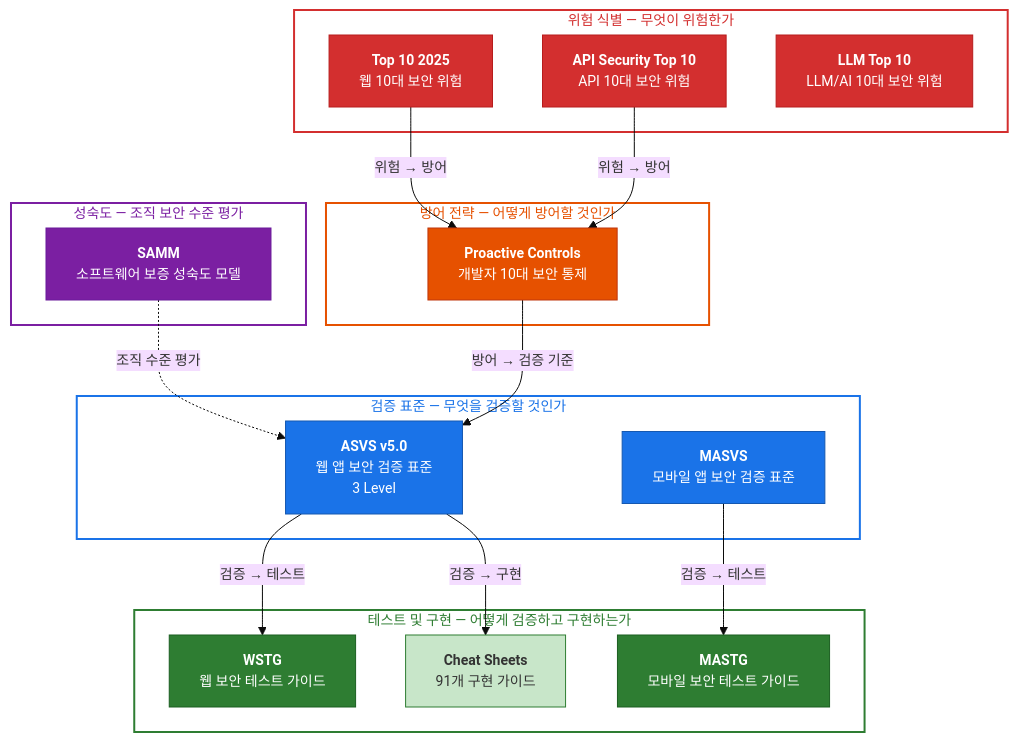
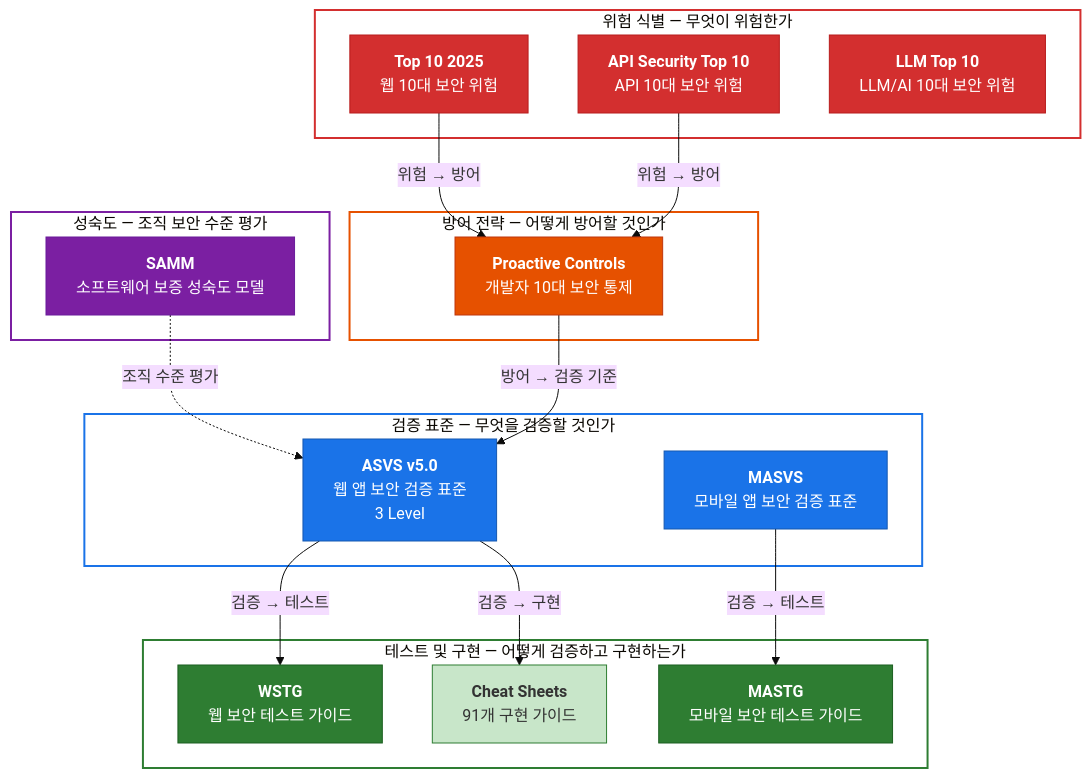
One commit to zer0-kr/security-framework changed the diagram in OWASP/README.md. Above: the diagram before and after it, drawn with Mermaid. The commit also changed 1 other file, not shown here.

Commit message:
Fix Mermaid text: inline span style color on every node label
Mermaid style directive color:#fff is unreliable with Material theme.
Switched to securityLevel:loose + <span style='color:#fff'> directly
in each node label HTML. White text on dark nodes, dark on light nodes.

````diff
--- a/OWASP/README.md
+++ b/OWASP/README.md
@@ -64,52 +64,52 @@
 ```mermaid
-%%{init: {'theme': 'base', 'themeVariables': {'fontSize': '14px'}}}%%
+%%{init: {'securityLevel': 'loose', 'theme': 'base'}}%%
 flowchart TB
     subgraph L1["위험 식별 — 무엇이 위험한가"]
-        TOP10["<b>Top 10 2025</b><br/>웹 10대 보안 위험"]
-        API10["<b>API Security Top 10</b><br/>API 10대 보안 위험"]
-        LLM10["<b>LLM Top 10</b><br/>LLM/AI 10대 보안 위험"]
+        TOP10["<span style='color:#fff'><b>Top 10 2025</b><br/>웹 10대 보안 위험</span>"]
+        API10["<span style='color:#fff'><b>API Security Top 10</b><br/>API 10대 보안 위험</span>"]
+        LLM10["<span style='color:#fff'><b>LLM Top 10</b><br/>LLM/AI 10대 보안 위험</span>"]
     end
 
     subgraph L2["방어 전략 — 어떻게 방어할 것인가"]
-        PC["<b>Proactive Controls</b><br/>개발자 10대 보안 통제"]
+        PC["<span style='color:#fff'><b>Proactive Controls</b><br/>개발자 10대 보안 통제</span>"]
     end
 
     subgraph L3["검증 표준 — 무엇을 검증할 것인가"]
-        ASVS["<b>ASVS v5.0</b><br/>웹 앱 보안 검증 표준<br/>3 Level"]
-        MASVS["<b>MASVS</b><br/>모바일 앱 보안 검증 표준"]
+        ASVS["<span style='color:#fff'><b>ASVS v5.0</b><br/>웹 앱 보안 검증 표준<br/>3 Level</span>"]
+        MASVS["<span style='color:#fff'><b>MASVS</b><br/>모바일 앱 보안 검증 표준</span>"]
     end
 
     subgraph L4["테스트 및 구현 — 어떻게 검증하고 구현하는가"]
-        WSTG["<b>WSTG</b><br/>웹 보안 테스트 가이드"]
-        MASTG["<b>MASTG</b><br/>모바일 보안 테스트 가이드"]
-        CS["<b>Cheat Sheets</b><br/>91개 구현 가이드"]
+        WSTG["<span style='color:#fff'><b>WSTG</b><br/>웹 보안 테스트 가이드</span>"]
+        MASTG["<span style='color:#fff'><b>MASTG</b><br/>모바일 보안 테스트 가이드</span>"]
+        CS["<span style='color:#333'><b>Cheat Sheets</b><br/>91개 구현 가이드</span>"]
     end
 
     subgraph L5["성숙도 — 조직 보안 수준 평가"]
-        SAMM["<b>SAMM</b><br/>소프트웨어 보증 성숙도 모델"]
+        SAMM["<span style='color:#fff'><b>SAMM</b><br/>소프트웨어 보증 성숙도 모델</span>"]
     end
 
     TOP10 -- "위험 → 방어" --> PC
     API10 -- "위험 → 방어" --> PC
     PC -- "방어 → 검증 기준" --> ASVS
     ASVS -- "검증 → 테스트" --> WSTG
     ASVS -- "검증 → 구현" --> CS
     MASVS -- "검증 → 테스트" --> MASTG
     SAMM -. "조직 수준 평가" .-> ASVS
 
-    style L1 fill:none,stroke:#d32f2f,stroke-width:2px,color:#d32f2f
-    style L2 fill:none,stroke:#e65100,stroke-width:2px,color:#e65100
-    style L3 fill:none,stroke:#1a73e8,stroke-width:2px,color:#1a73e8
-    style L4 fill:none,stroke:#2e7d32,stroke-width:2px,color:#2e7d32
-    style L5 fill:none,stroke:#7b1fa2,stroke-width:2px,color:#7b1fa2
-    style TOP10 fill:#d32f2f,stroke:#b71c1c,color:#fff
-    style API10 fill:#d32f2f,stroke:#b71c1c,color:#fff
-    style LLM10 fill:#d32f2f,stroke:#b71c1c,color:#fff
-    style PC fill:#e65100,stroke:#bf360c,color:#fff
-    style ASVS fill:#1a73e8,stroke:#1558b0,color:#fff
-    style MASVS fill:#1a73e8,stroke:#1558b0,color:#fff
-    style WSTG fill:#2e7d32,stroke:#1b5e20,color:#fff
-    style MASTG fill:#2e7d32,stroke:#1b5e20,color:#fff
-    style CS fill:#c8e6c9,stroke:#2e7d32,color:#333
-    style SAMM fill:#7b1fa2,stroke:#6a1b9a,color:#fff
+    style L1 fill:none,stroke:#d32f2f,stroke-width:2px
+    style L2 fill:none,stroke:#e65100,stroke-width:2px
+    style L3 fill:none,stroke:#1a73e8,stroke-width:2px
+    style L4 fill:none,stroke:#2e7d32,stroke-width:2px
+    style L5 fill:none,stroke:#7b1fa2,stroke-width:2px
+    style TOP10 fill:#d32f2f,stroke:#b71c1c
+    style API10 fill:#d32f2f,stroke:#b71c1c
+    style LLM10 fill:#d32f2f,stroke:#b71c1c
+    style PC fill:#e65100,stroke:#bf360c
+    style ASVS fill:#1a73e8,stroke:#1558b0
+    style MASVS fill:#1a73e8,stroke:#1558b0
+    style WSTG fill:#2e7d32,stroke:#1b5e20
+    style MASTG fill:#2e7d32,stroke:#1b5e20
+    style CS fill:#c8e6c9,stroke:#2e7d32
+    style SAMM fill:#7b1fa2,stroke:#6a1b9a
 ```
````
